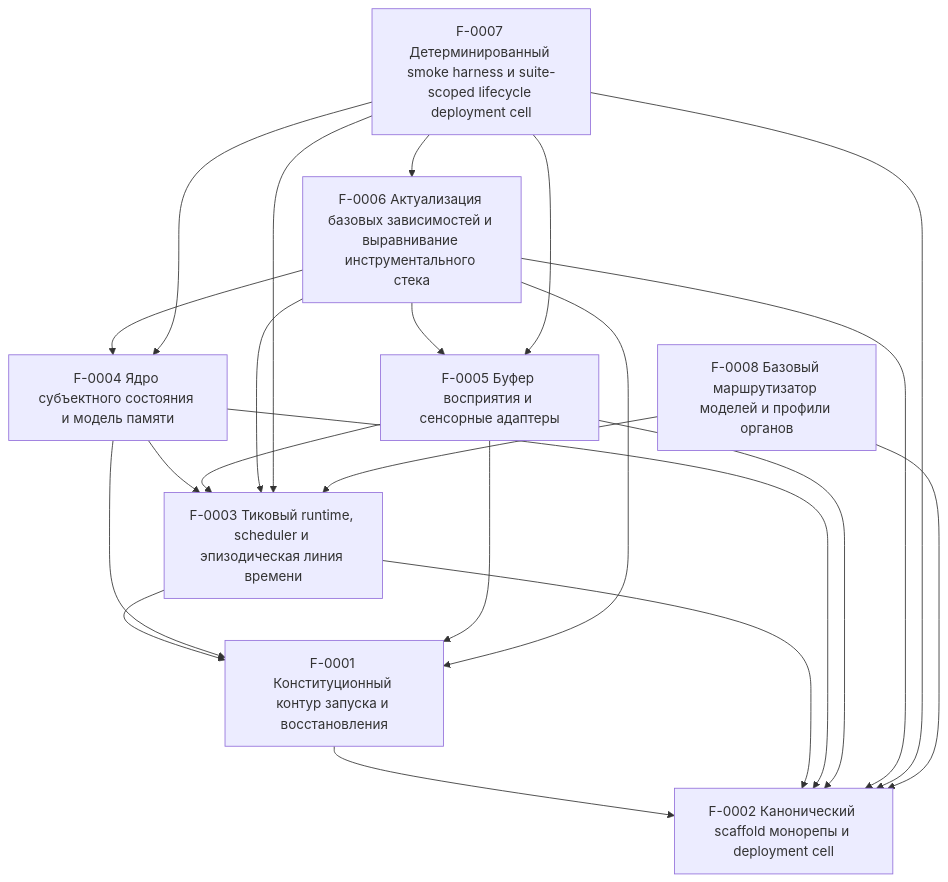
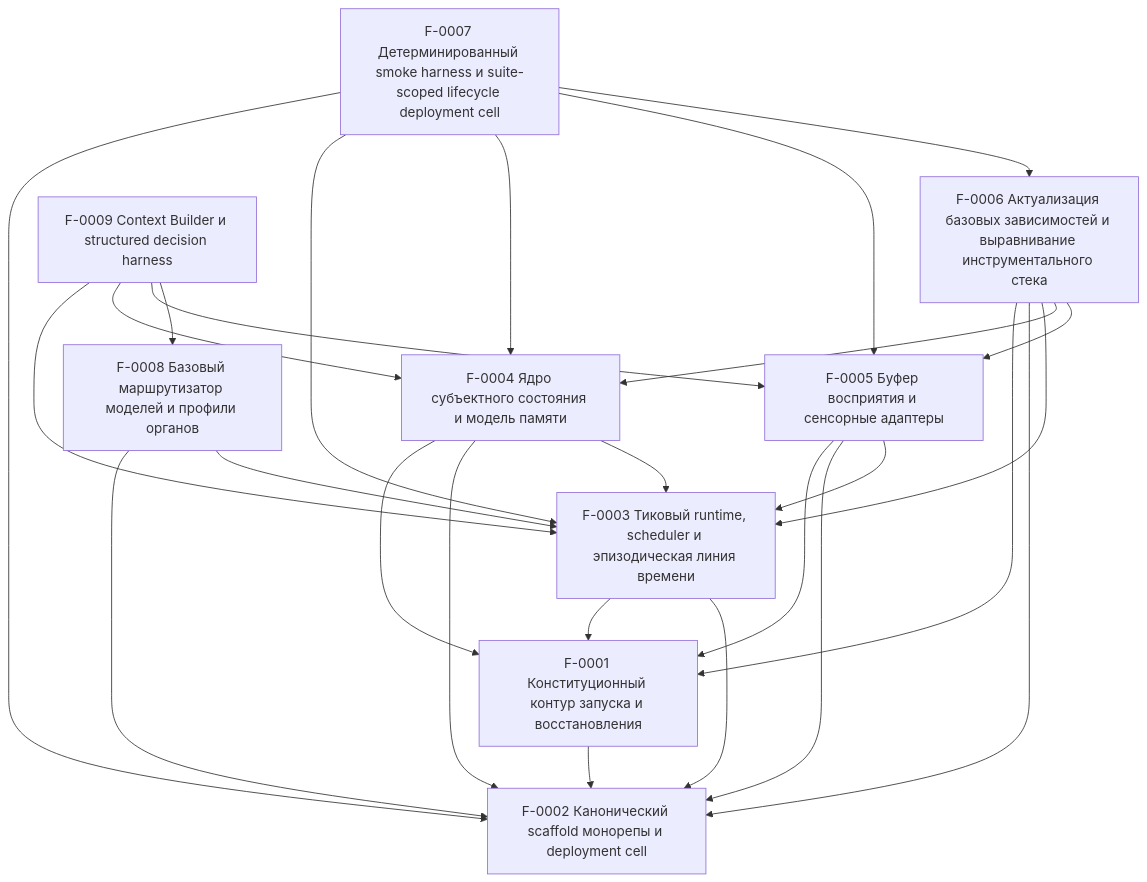
Before and after one commit to kostysh/yaagi: the diagram in docs/ssot/index.md, drawn with Mermaid. The commit also changed other lines of this file and 3 other files, not shown here.

````diff
--- a/docs/ssot/index.md
+++ b/docs/ssot/index.md
@@ -26,32 +27,37 @@
 ```mermaid
 graph TD
   F0001["F-0001 Конституционный контур запуска и восстановления"]
   F0002["F-0002 Канонический scaffold монорепы и deployment cell"]
   F0003["F-0003 Тиковый runtime, scheduler и эпизодическая линия времени"]
   F0004["F-0004 Ядро субъектного состояния и модель памяти"]
   F0005["F-0005 Буфер восприятия и сенсорные адаптеры"]
   F0006["F-0006 Актуализация базовых зависимостей и выравнивание инструментального стека"]
   F0007["F-0007 Детерминированный smoke harness и suite-scoped lifecycle deployment cell"]
   F0008["F-0008 Базовый маршрутизатор моделей и профили органов"]
+  F0009["F-0009 Context Builder и structured decision harness"]
   F0001 --> F0002
   F0003 --> F0001
   F0003 --> F0002
   F0004 --> F0001
   F0004 --> F0002
   F0004 --> F0003
   F0005 --> F0001
   F0005 --> F0002
   F0005 --> F0003
   F0006 --> F0001
   F0006 --> F0002
   F0006 --> F0003
   F0006 --> F0004
   F0006 --> F0005
   F0007 --> F0002
   F0007 --> F0003
   F0007 --> F0004
   F0007 --> F0005
   F0007 --> F0006
   F0008 --> F0002
   F0008 --> F0003
+  F0009 --> F0003
+  F0009 --> F0004
+  F0009 --> F0005
+  F0009 --> F0008
 ```
````
